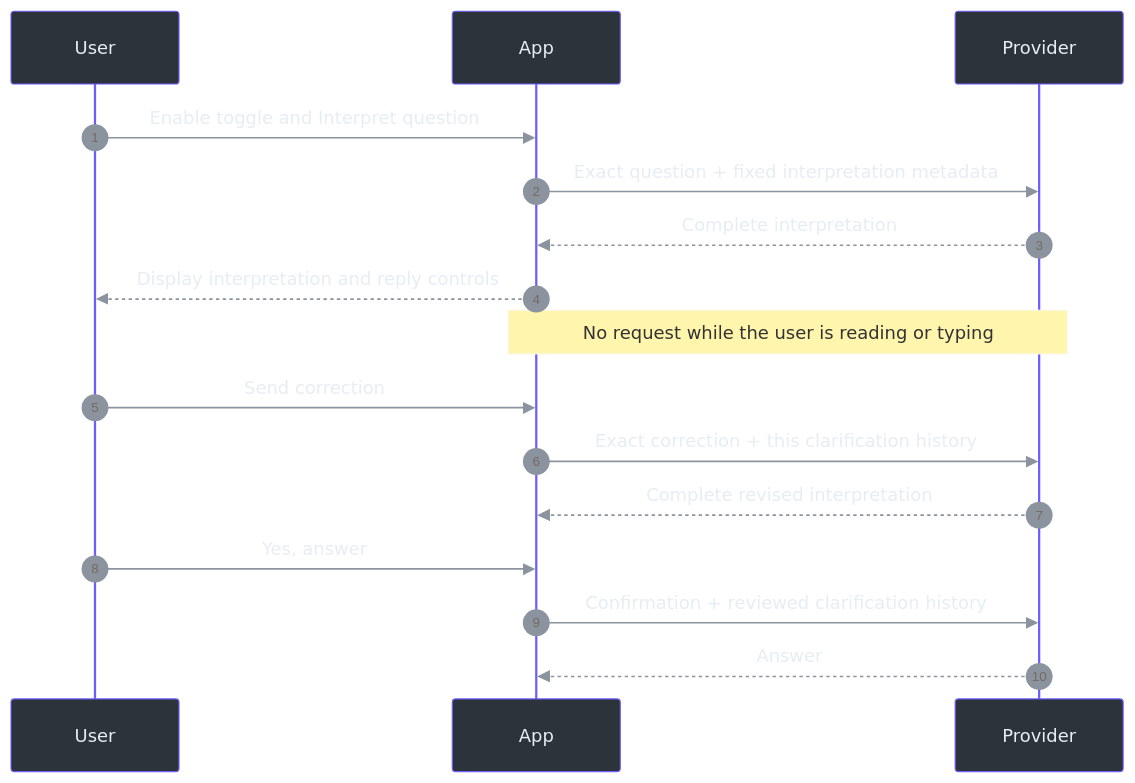
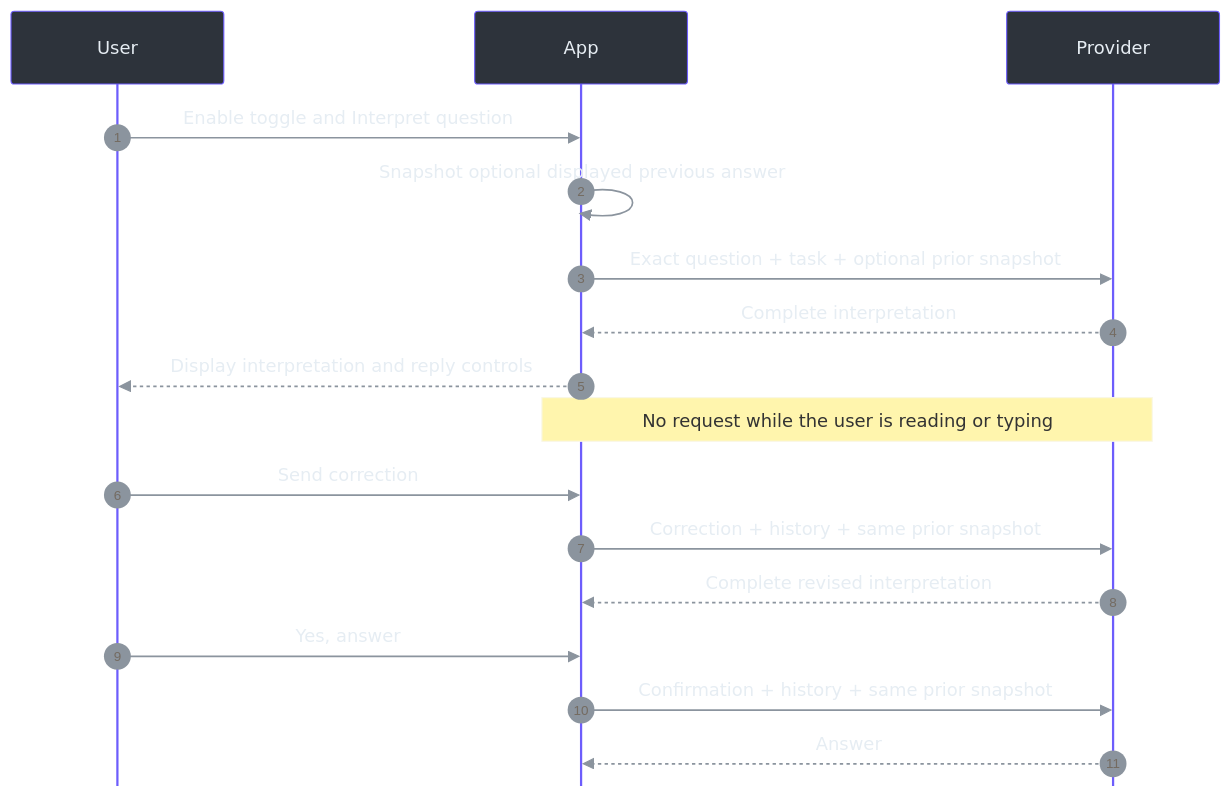
The diagram in docs/handbook/assets/diagrams/question-clarification-02.mmd (Zanark/phantom-fudge), drawn with Mermaid before and after one commit. The commit also changed 129 other files, not shown here.

```diff
--- a/docs/handbook/assets/diagrams/question-clarification-02.mmd
+++ b/docs/handbook/assets/diagrams/question-clarification-02.mmd
@@ -1,21 +1,22 @@
 ---
-config: {"theme":"base","themeVariables":{"darkMode":true,"primaryColor":"#2d333b","primaryBorderColor":"#6d5dfc","primaryTextColor":"#e6edf3","lineColor":"#8b949e","textColor":"#e6edf3","actorBkg":"#2d333b","actorBorder":"#6d5dfc","actorTextColor":"#e6edf3","signalColor":"#8b949e","signalTextColor":"#e6edf3"}}
+config: {"theme":"base","sequence":{"width":190,"actorMargin":70,"wrap":false,"messageMargin":20,"mirrorActors":false},"themeVariables":{"darkMode":true,"primaryColor":"#2d333b","primaryBorderColor":"#6d5dfc","primaryTextColor":"#e6edf3","lineColor":"#8b949e","textColor":"#e6edf3","actorBkg":"#2d333b","actorBorder":"#6d5dfc","actorTextColor":"#e6edf3","signalColor":"#8b949e","signalTextColor":"#e6edf3"}}
 ---
 sequenceDiagram
     accTitle: No automatic follow-up request
     accDescr: The app stores only a completed interpretation and waits for a deliberate reply. Each provider request remains a bounded terminal transaction.
     autonumber
     participant User
     participant App
     participant Provider
     User->>App: Enable toggle and Interpret question
-    App->>Provider: Exact question + fixed interpretation metadata
+    App->>App: Snapshot optional displayed previous answer
+    App->>Provider: Exact question + task + optional prior snapshot
     Provider-->>App: Complete interpretation
     App-->>User: Display interpretation and reply controls
     Note over App,Provider: No request while the user is reading or typing
     User->>App: Send correction
-    App->>Provider: Exact correction + this clarification history
+    App->>Provider: Correction + history + same prior snapshot
     Provider-->>App: Complete revised interpretation
     User->>App: Yes, answer
-    App->>Provider: Confirmation + reviewed clarification history
+    App->>Provider: Confirmation + history + same prior snapshot
     Provider-->>App: Answer
```
